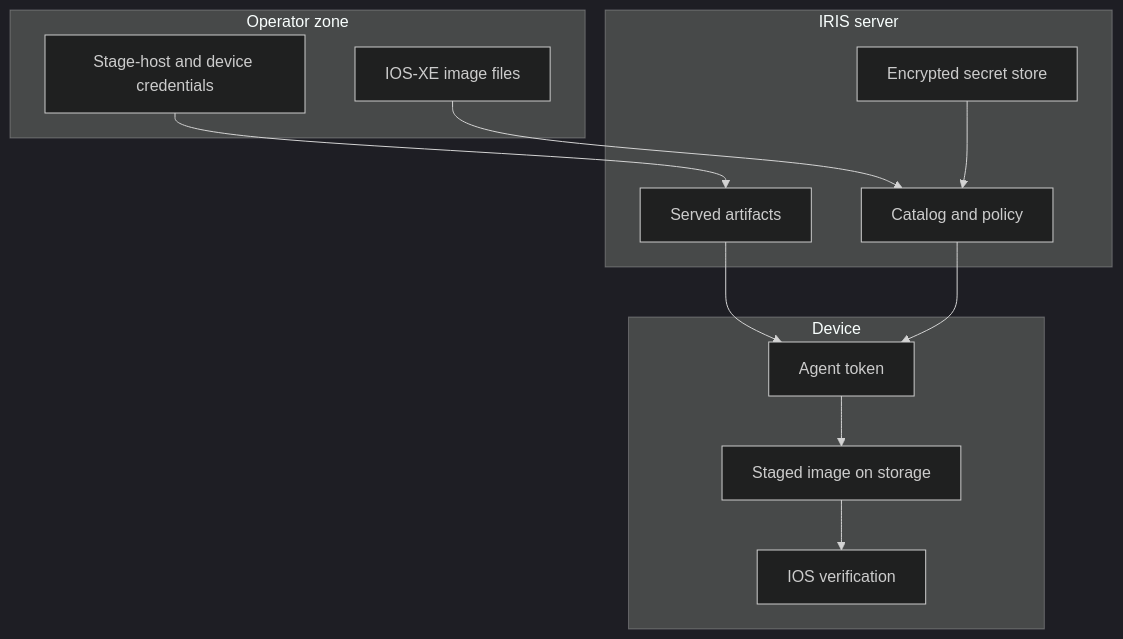
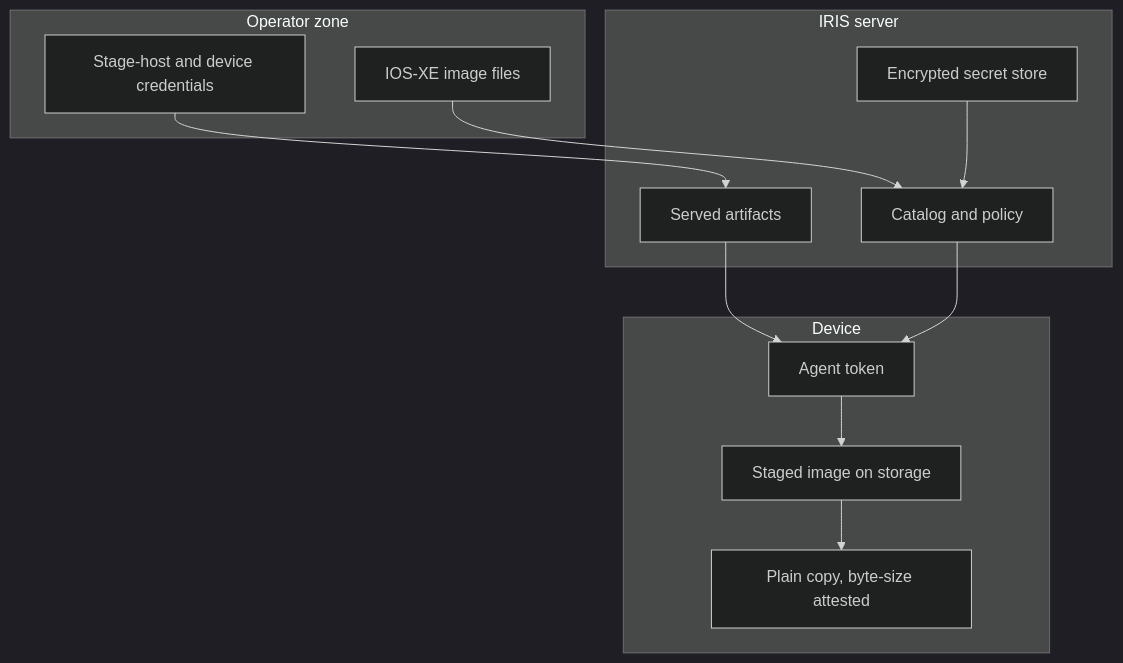
The diagram in docs/zensical/security.md (cisco-open/intelligent-release-image-staging), drawn with Mermaid (dark theme) before and after one commit. The commit also changed other lines of this file and 6 other files, not shown here.

````diff
--- a/docs/zensical/security.md
+++ b/docs/zensical/security.md
@@ -84,25 +84,25 @@
 ```mermaid
 flowchart TB
     subgraph OperatorZone["Operator zone"]
         Images["IOS-XE image files"]
         Credentials["Stage-host and device credentials"]
     end
     subgraph ServerZone["IRIS server"]
         Catalog["Catalog and policy"]
         Secrets["Encrypted secret store"]
         Artifacts["Served artifacts"]
     end
     subgraph DeviceZone["Device"]
         Agent["Agent token"]
         Flash["Staged image on storage"]
-        IOS["IOS verification"]
+        IOS["Plain copy, byte-size attested"]
     end
 
     Images --> Catalog
     Credentials --> Artifacts
     Secrets --> Catalog
     Artifacts --> Agent
     Catalog --> Agent
     Agent --> Flash
     Flash --> IOS
 ```
````
